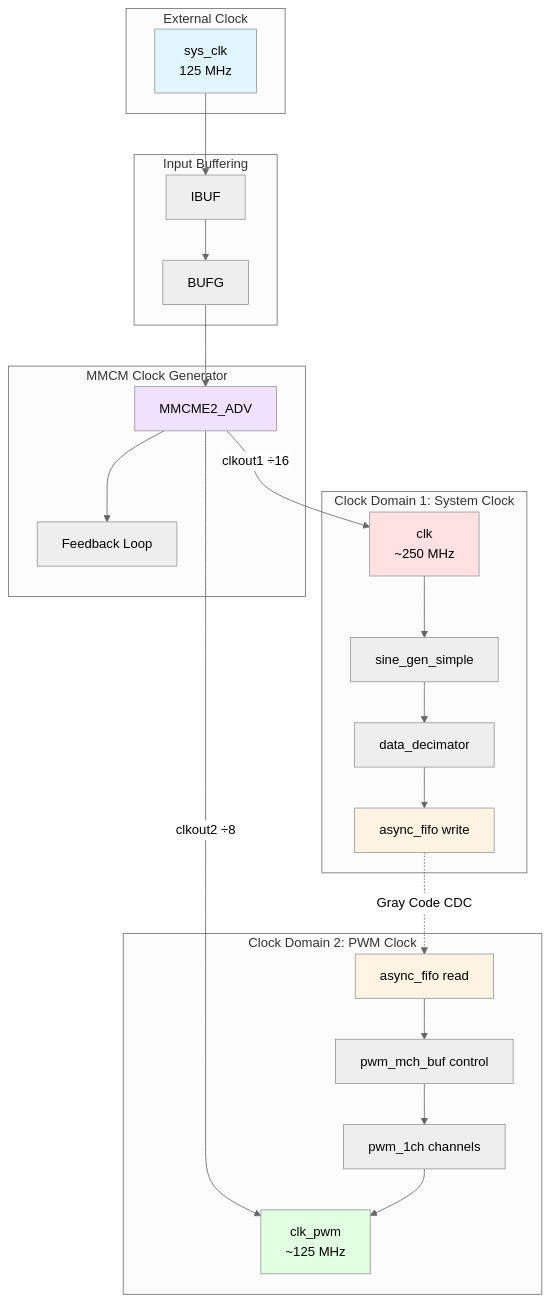
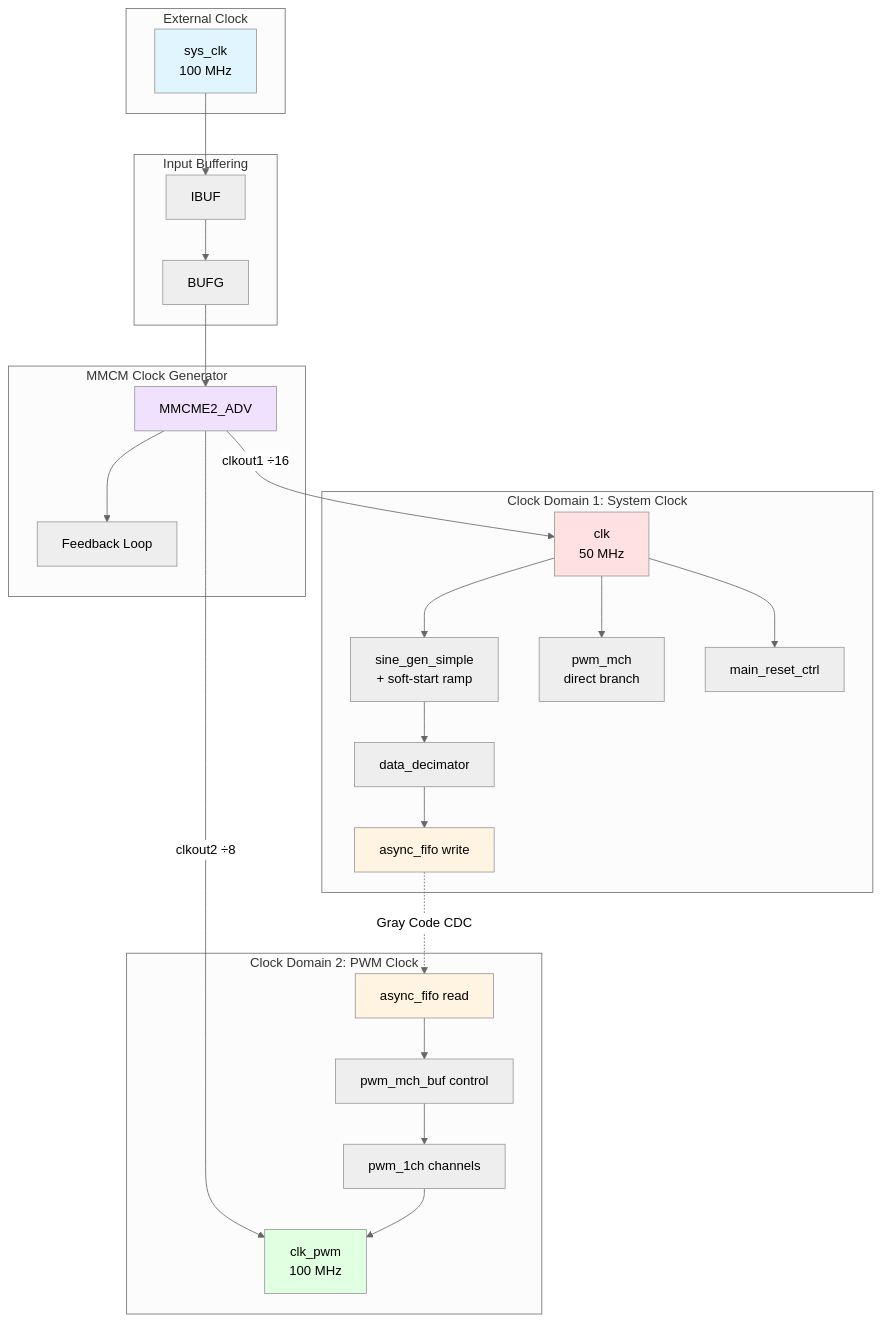
Before and after one commit to ekazakov1507/pwm_demo: the first of 3 diagrams in docs/architecture/clock_domains.md, drawn with Mermaid (neutral theme). The commit also changed other lines of this file and 10 other files, not shown here.

````diff
--- a/docs/architecture/clock_domains.md
+++ b/docs/architecture/clock_domains.md
@@ -9,51 +9,55 @@
 ```mermaid
 graph TB
     subgraph "External Clock"
-        EXT_CLK[sys_clk<br/>125 MHz]
+        EXT_CLK[sys_clk<br/>100 MHz]
     end
 
     subgraph "Input Buffering"
         IBUF[IBUF]
         BUFG[BUFG]
     end
 
     subgraph "MMCM Clock Generator"
         MMCM[MMCME2_ADV]
         FB[Feedback Loop]
     end
 
     subgraph "Clock Domain 1: System Clock"
-        CLK_SYS[clk<br/>~250 MHz]
-        SINE[sine_gen_simple]
+        CLK_SYS[clk<br/>50 MHz]
+        SINE[sine_gen_simple<br/>+ soft-start ramp]
+        DIRECT[pwm_mch<br/>direct branch]
         DEC[data_decimator]
         FIFO_WR[async_fifo write]
+        RESET[main_reset_ctrl]
     end
 
     subgraph "Clock Domain 2: PWM Clock"
-        CLK_PWM[clk_pwm<br/>~125 MHz]
+        CLK_PWM[clk_pwm<br/>100 MHz]
         FIFO_RD[async_fifo read]
         PWM[pwm_mch_buf control]
         PWM_CH[pwm_1ch channels]
     end
 
     EXT_CLK --> IBUF --> BUFG --> MMCM
     MMCM --> FB
     MMCM -->|clkout1 ÷16| CLK_SYS
     MMCM -->|clkout2 ÷8| CLK_PWM
 
     CLK_SYS --> SINE
+    CLK_SYS --> DIRECT
+    CLK_SYS --> RESET
     SINE --> DEC
     DEC --> FIFO_WR
 
     FIFO_WR -.->|Gray Code CDC| FIFO_RD
     FIFO_RD --> PWM
     PWM --> PWM_CH
     PWM_CH --> CLK_PWM
 
     style EXT_CLK fill:#e1f5ff
     style CLK_SYS fill:#ffe1e1
     style CLK_PWM fill:#e1ffe1
     style MMCM fill:#f0e1ff
     style FIFO_WR fill:#fff4e1
     style FIFO_RD fill:#fff4e1
 ```
````
